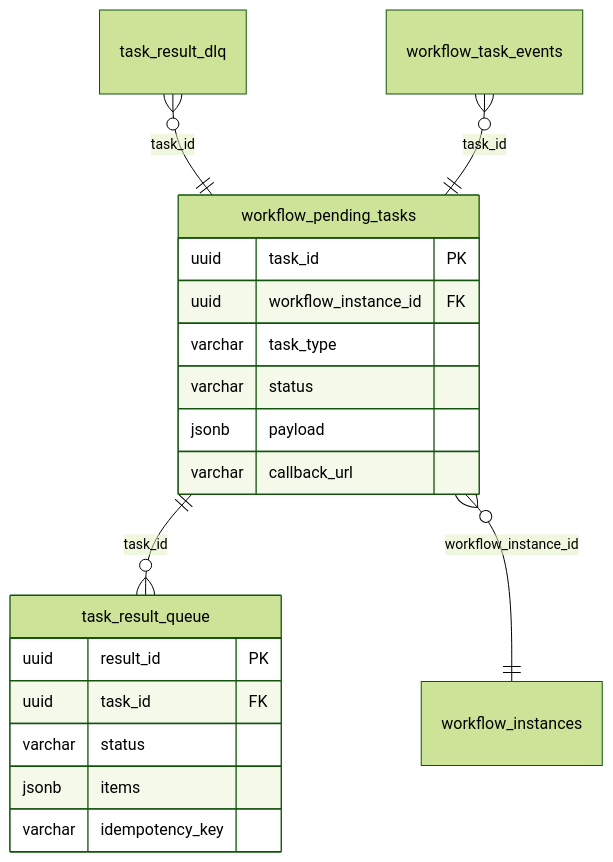
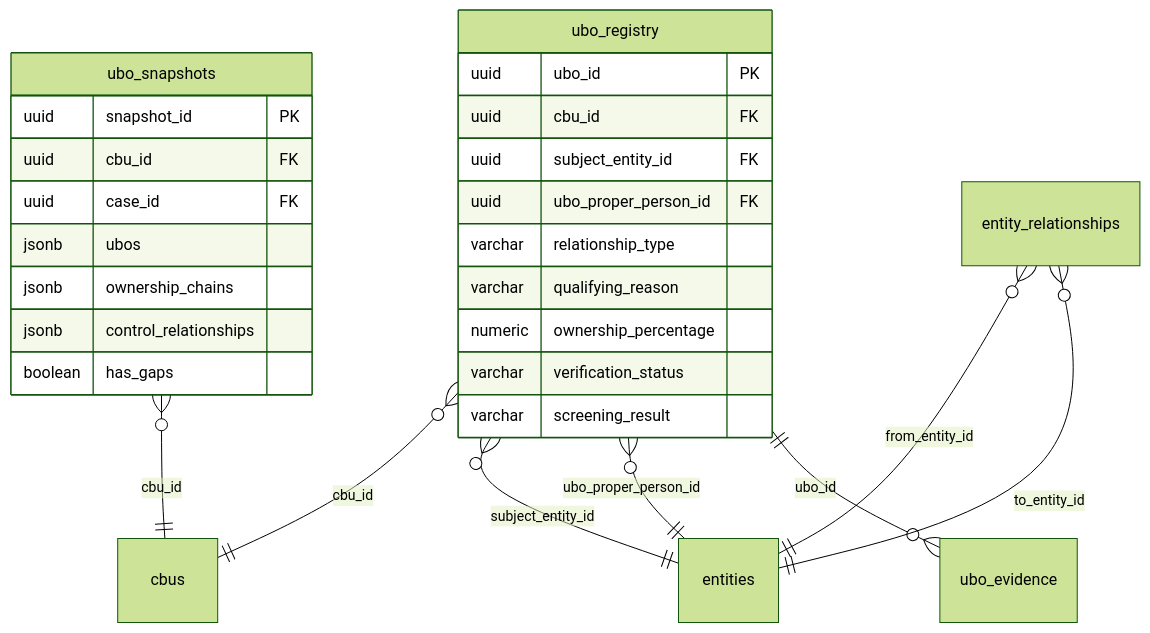
Before and after one commit to adamtc007/ob-poc: the eighth of 10 diagrams in migrations/OB_POC_SCHEMA_ENTITY_OVERVIEW.md, drawn with Mermaid (forest theme). The commit also changed other lines of this file and 36 other files, not shown here.

First line of the commit message:
feat(verbs): reconcile DSL verb set with schema — 5 gap fixes

````diff
--- a/migrations/OB_POC_SCHEMA_ENTITY_OVERVIEW.md
+++ b/migrations/OB_POC_SCHEMA_ENTITY_OVERVIEW.md
@@ -833,24 +714,32 @@
 ```mermaid
 erDiagram
-    workflow_pending_tasks ||--o{ task_result_queue : "task_id"
-    workflow_pending_tasks }o--|| workflow_instances : "workflow_instance_id"
-    task_result_dlq }o--|| workflow_pending_tasks : "task_id"
-    workflow_task_events }o--|| workflow_pending_tasks : "task_id"
+    ubo_registry }o--|| cbus : "cbu_id"
+    ubo_registry }o--|| entities : "subject_entity_id"
+    ubo_registry }o--|| entities : "ubo_proper_person_id"
+    ubo_registry ||--o{ ubo_evidence : "ubo_id"
+    ubo_snapshots }o--|| cbus : "cbu_id"
+    entity_relationships }o--|| entities : "from_entity_id"
+    entity_relationships }o--|| entities : "to_entity_id"
 
-    workflow_pending_tasks {
-        uuid task_id PK
-        uuid workflow_instance_id FK
-        varchar task_type
-        varchar status
-        jsonb payload
-        varchar callback_url
+    ubo_registry {
+        uuid ubo_id PK
+        uuid cbu_id FK
+        uuid subject_entity_id FK
+        uuid ubo_proper_person_id FK
+        varchar relationship_type
+        varchar qualifying_reason
+        numeric ownership_percentage
+        varchar verification_status
+        varchar screening_result
     }
 
-    task_result_queue {
-        uuid result_id PK
-        uuid task_id FK
-        varchar status
-        jsonb items
-        varchar idempotency_key
+    ubo_snapshots {
+        uuid snapshot_id PK
+        uuid cbu_id FK
+        uuid case_id FK
+        jsonb ubos
+        jsonb ownership_chains
+        jsonb control_relationships
+        boolean has_gaps
     }
 ```
````
